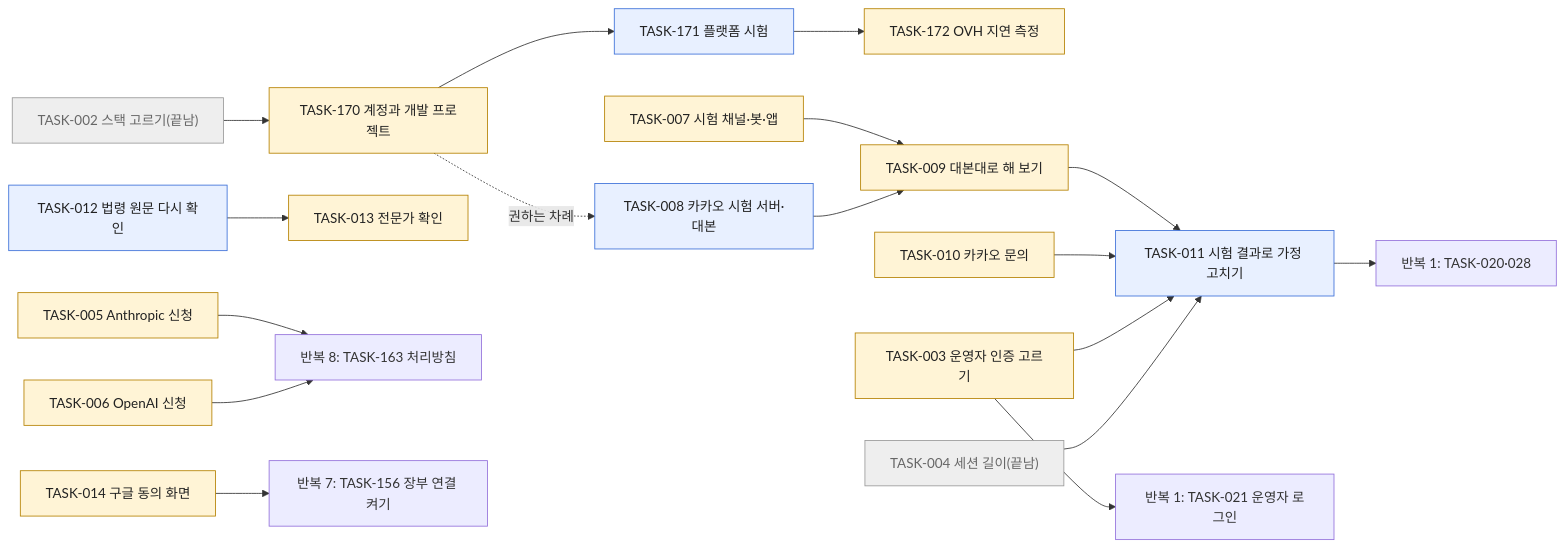
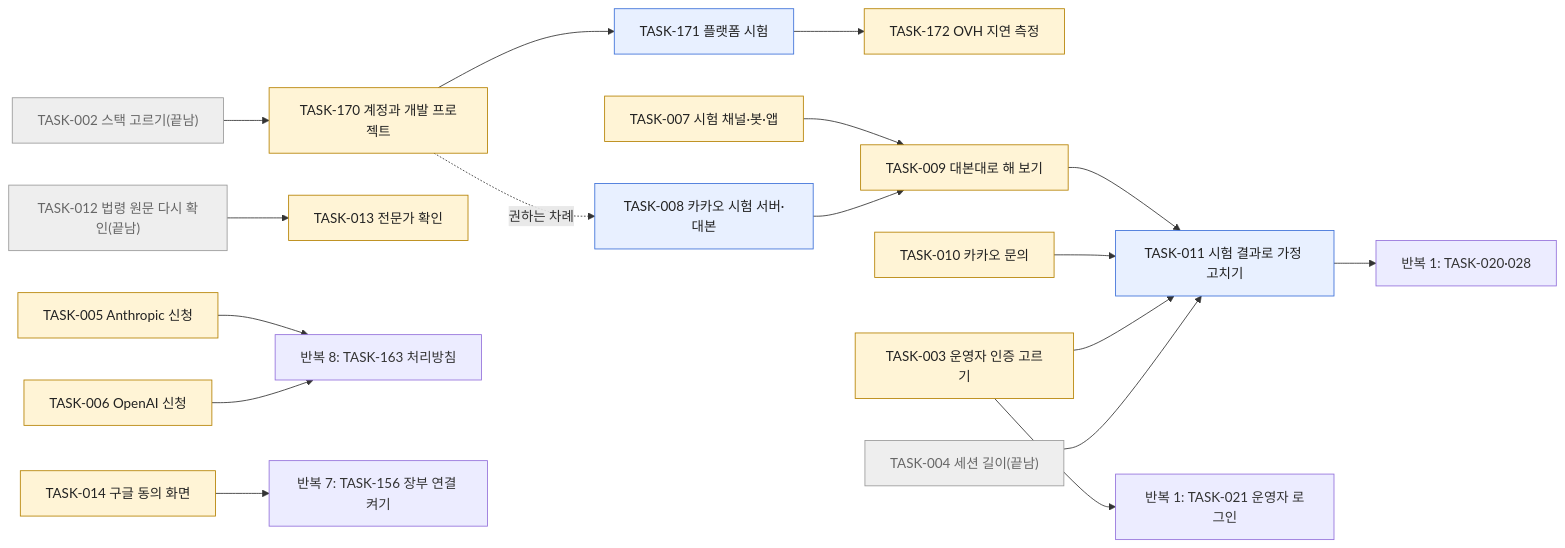
Before and after one commit to kodonghui/siljang.ai: the diagram in docs/10-wbs/iteration-0-guide.md, drawn with Mermaid. The commit also changed other lines of this file and 3 other files, not shown here.

````diff
--- a/docs/10-wbs/iteration-0-guide.md
+++ b/docs/10-wbs/iteration-0-guide.md
@@ -34,22 +34,22 @@
 ```mermaid
 flowchart LR
   classDef dh fill:#fff4d6,stroke:#b58100,color:#222222
   classDef cl fill:#e8f0ff,stroke:#3b6fd8,color:#222222
   classDef done fill:#eeeeee,stroke:#999999,color:#666666
   T002["TASK-002 스택 고르기(끝남)"]:::done --> T170["TASK-170 계정과 개발 프로젝트"]:::dh
   T170 --> T171["TASK-171 플랫폼 시험"]:::cl
   T171 --> T172["TASK-172 OVH 지연 측정"]:::dh
   T170 -.->|권하는 차례| T008["TASK-008 카카오 시험 서버·대본"]:::cl
   T007["TASK-007 시험 채널·봇·앱"]:::dh --> T009["TASK-009 대본대로 해 보기"]:::dh
   T008 --> T009
   T009 --> T011["TASK-011 시험 결과로 가정 고치기"]:::cl
   T010["TASK-010 카카오 문의"]:::dh --> T011
   T003["TASK-003 운영자 인증 고르기"]:::dh --> T011
   T004["TASK-004 세션 길이(끝남)"]:::done --> T011
   T011 --> R1["반복 1: TASK-020·028"]
   T003 --> T021["반복 1: TASK-021 운영자 로그인"]
-  T012["TASK-012 법령 원문 다시 확인"]:::cl --> T013["TASK-013 전문가 확인"]:::dh
+  T012["TASK-012 법령 원문 다시 확인(끝남)"]:::done --> T013["TASK-013 전문가 확인"]:::dh
   T005["TASK-005 Anthropic 신청"]:::dh --> T163["반복 8: TASK-163 처리방침"]
   T006["TASK-006 OpenAI 신청"]:::dh --> T163
   T014["TASK-014 구글 동의 화면"]:::dh --> T156["반복 7: TASK-156 장부 연결 켜기"]
 ```
````
